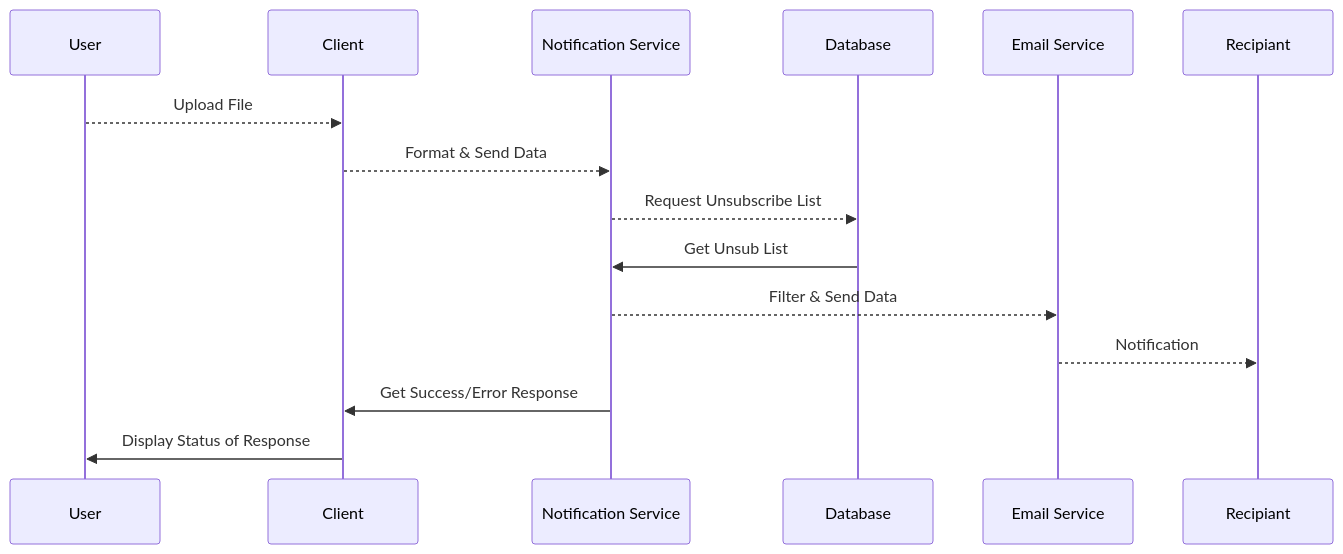
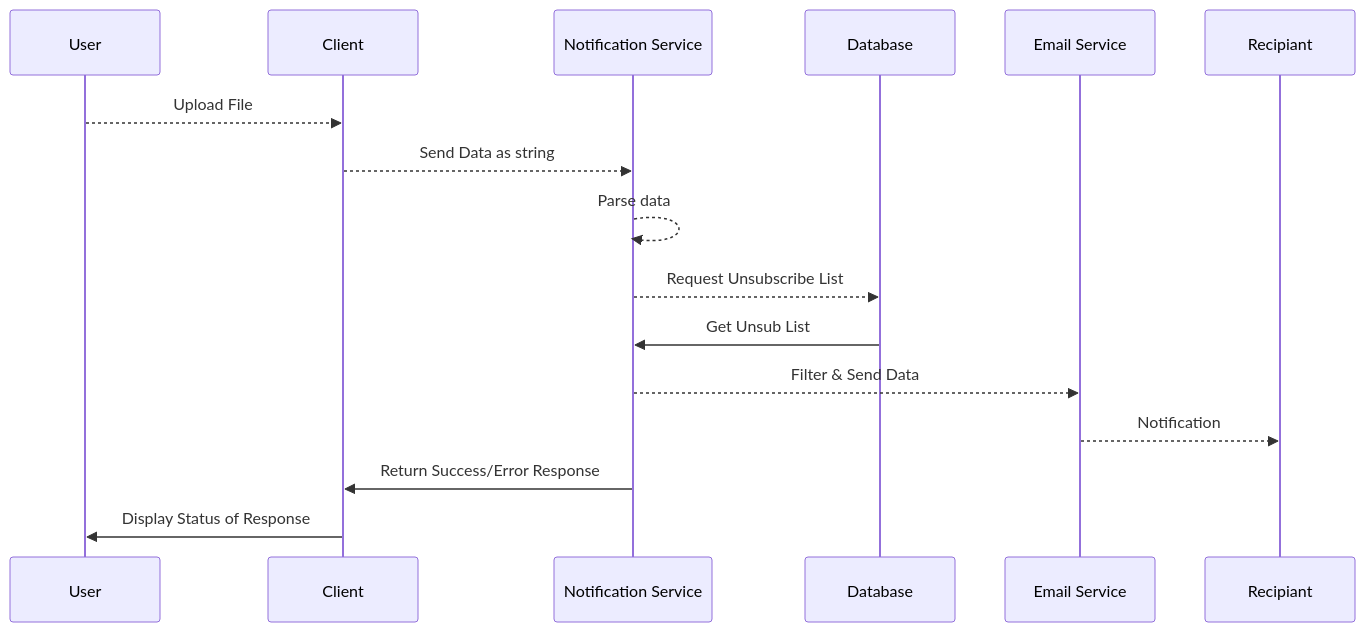
Before and after one commit to c2c-project/prytaneum-notifications: the first of 4 diagrams in docs/NotificationService.md, drawn with Mermaid. The commit also changed other lines of this file and 2 other files, not shown here.

````diff
--- a/docs/NotificationService.md
+++ b/docs/NotificationService.md
@@ -9,17 +9,18 @@
 ```mermaid
 sequenceDiagram
   participant U as User
   participant C as Client
   participant NS as Notification Service
   participant DB as Database
   participant ES as Email Service
   participant R as Recipiant
   U-->>C: Upload File
-  C-->>NS: Format & Send Data
+  C-->>NS: Send Data as string
+  NS-->>NS: Parse data
   NS-->>DB: Request Unsubscribe List
   DB->>NS: Get Unsub List
   NS-->>ES: Filter & Send Data
   ES-->>R: Notification
-  NS->>C: Get Success/Error Response
+  NS->>C: Return Success/Error Response
   C->>U: Display Status of Response
 ```
````
